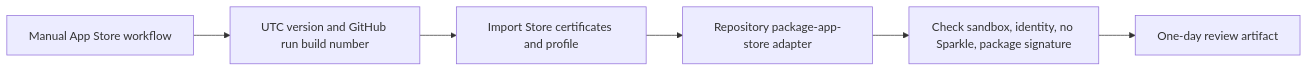
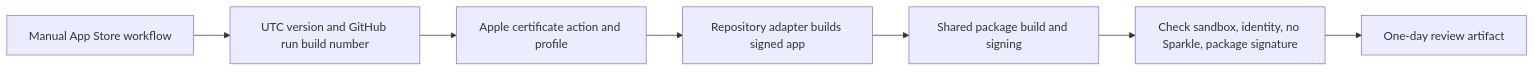
One commit to YunaBraska/YunaBraska changed the diagram in MACOS_APP_STORE.md. Above: the diagram before and after it, drawn with Mermaid. The commit also changed other lines of this file, not shown here.

Commit message:
docs: clarify app store package contract (#112)

````diff
--- a/MACOS_APP_STORE.md
+++ b/MACOS_APP_STORE.md
@@ -5,8 +5,9 @@
 ```mermaid
 flowchart LR
   M[Manual App Store workflow] --> V[UTC version and GitHub run build number]
-  V --> S[Import Store certificates and profile]
-  S --> A[Repository package-app-store adapter]
-  A --> C[Check sandbox, identity, no Sparkle, package signature]
+  V --> S[Apple certificate action and profile]
+  S --> A[Repository adapter builds signed app]
+  A --> P[Shared package build and signing]
+  P --> C[Check sandbox, identity, no Sparkle, package signature]
   C --> R[One-day review artifact]
 ```
````
